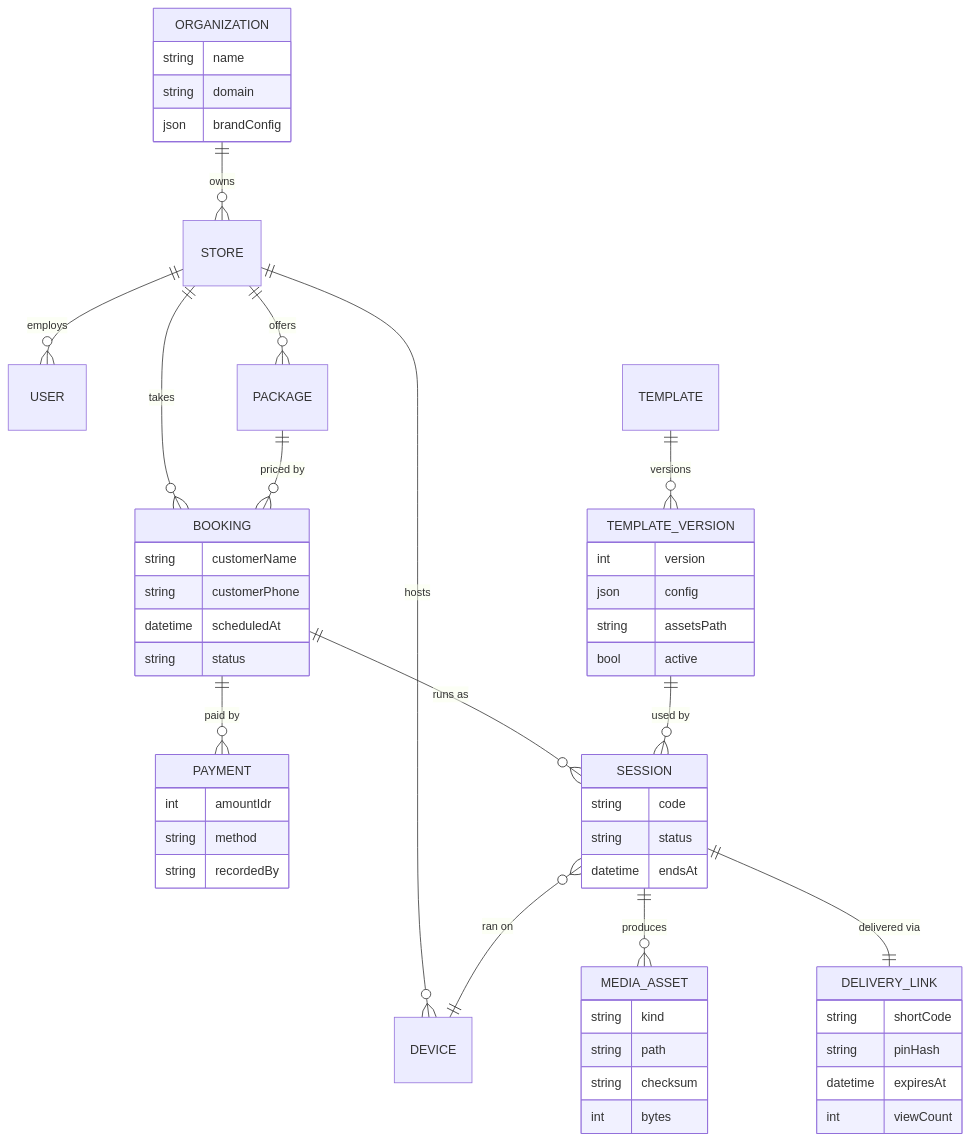
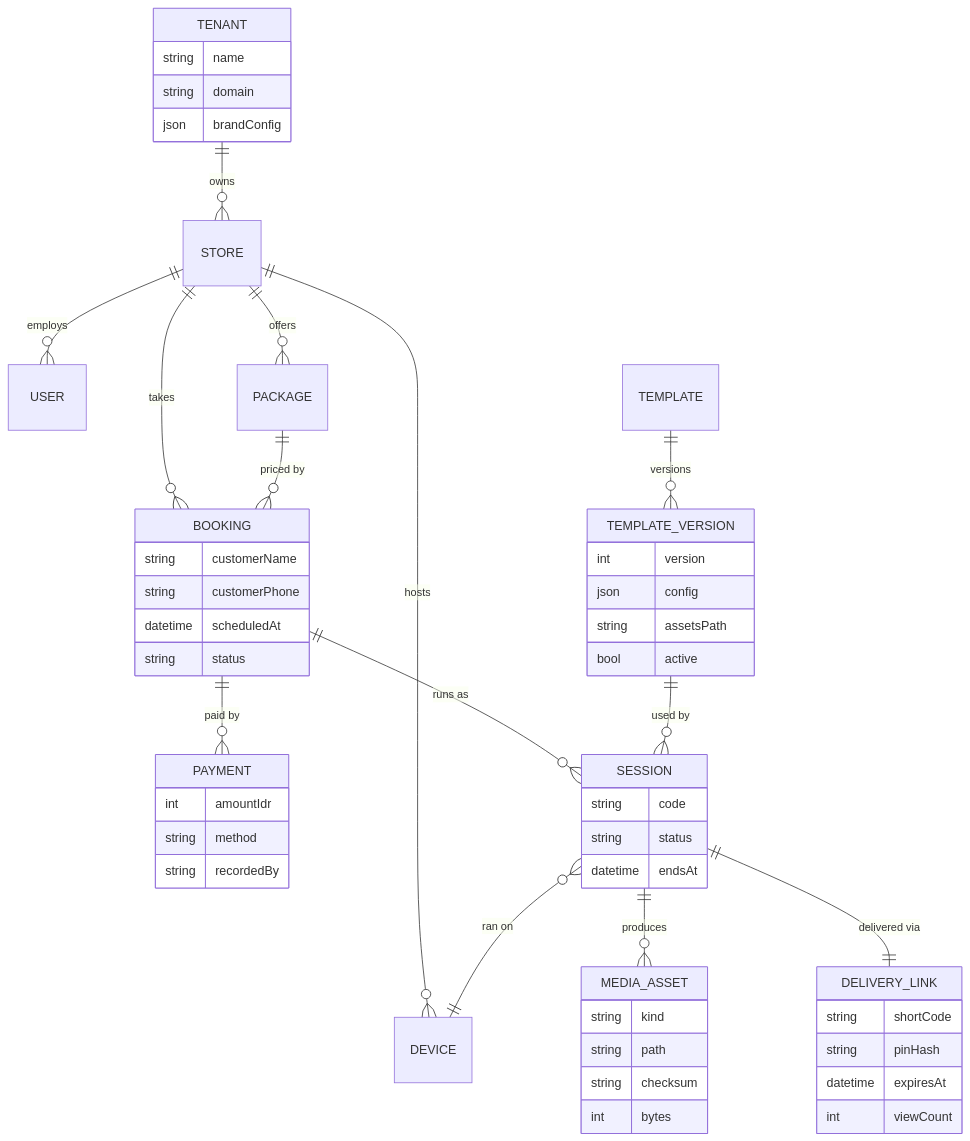
One commit to tokudev-id/photomob changed the fourth of 4 diagrams in docs/ARCHITECTURE.md. Above: the diagram before and after it, drawn with Mermaid. The commit also changed other lines of this file and 2 other files, not shown here.

Commit message:
docs: rename organization terminology to tenant

````diff
--- a/docs/ARCHITECTURE.md
+++ b/docs/ARCHITECTURE.md
@@ -241,24 +241,24 @@
 ```mermaid
 erDiagram
-    ORGANIZATION ||--o{ STORE : owns
+    TENANT ||--o{ STORE : owns
     STORE ||--o{ USER : employs
     STORE ||--o{ DEVICE : hosts
     STORE ||--o{ PACKAGE : offers
     STORE ||--o{ BOOKING : takes
     BOOKING ||--o{ PAYMENT : "paid by"
     BOOKING ||--o{ SESSION : "runs as"
     PACKAGE ||--o{ BOOKING : "priced by"
     SESSION ||--o{ MEDIA_ASSET : produces
     SESSION ||--|| DELIVERY_LINK : "delivered via"
     SESSION }o--|| DEVICE : "ran on"
     TEMPLATE ||--o{ TEMPLATE_VERSION : versions
     TEMPLATE_VERSION ||--o{ SESSION : "used by"
 
-    ORGANIZATION { string name string domain json brandConfig }
+    TENANT { string name string domain json brandConfig }
     BOOKING { string customerName string customerPhone datetime scheduledAt string status }
     PAYMENT { int amountIdr string method string recordedBy }
     SESSION { string code string status datetime endsAt }
     MEDIA_ASSET { string kind string path string checksum int bytes }
     DELIVERY_LINK { string shortCode string pinHash datetime expiresAt int viewCount }
     TEMPLATE_VERSION { int version json config string assetsPath bool active }
 ```
````
